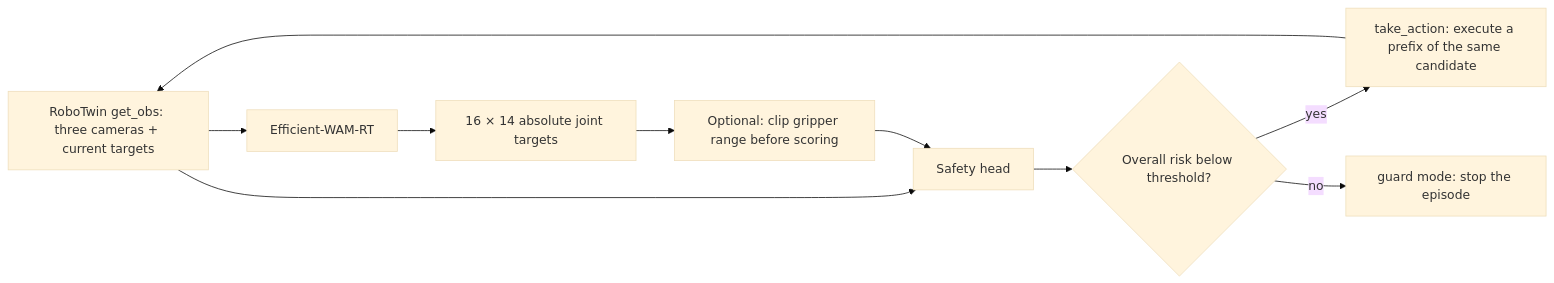
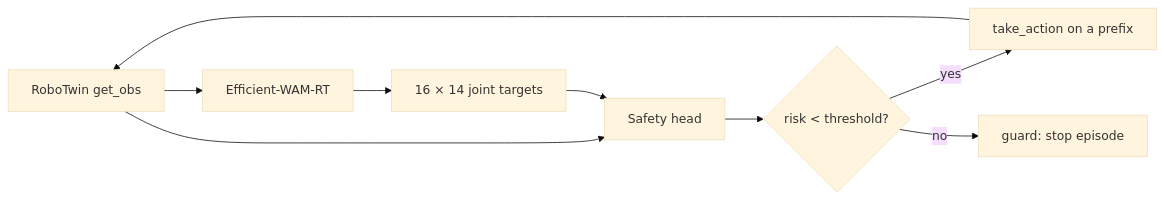
The diagram in README.md (maxiaovivi/WAtcher), drawn with Mermaid (base theme) before and after one commit. The commit also changed other lines of this file and 1 other file, not shown here.

````diff
--- a/README.md
+++ b/README.md
@@ -23,12 +164,10 @@
 ```mermaid
 flowchart LR
-  O[RoboTwin get_obs: three cameras + current targets] --> W[Efficient-WAM-RT]
-  W --> A[16 × 14 absolute joint targets]
-  A --> P[Optional: clip gripper range before scoring]
+  O[RoboTwin get_obs] --> W[Efficient-WAM-RT]
+  W --> A[16 × 14 joint targets]
   O --> S[Safety head]
-  P --> S
-  S --> G{Overall risk below threshold?}
-  G -->|yes| E[take_action: execute a prefix of the same candidate]
-  E --> O
-  G -->|no| H[guard mode: stop the episode]
+  A --> S
+  S --> G{risk < threshold?}
+  G -->|yes| E[take_action on a prefix] --> O
+  G -->|no| H[guard: stop episode]
 ```
````
